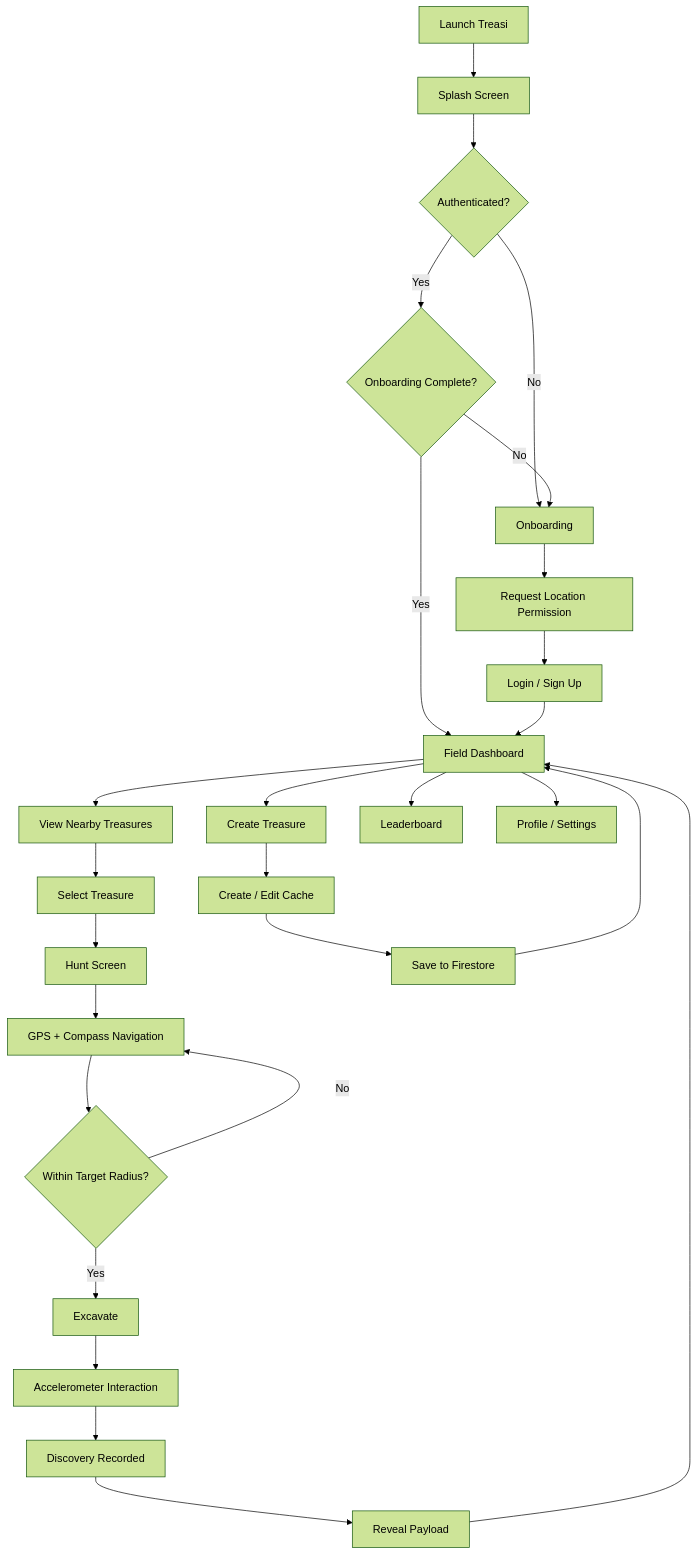
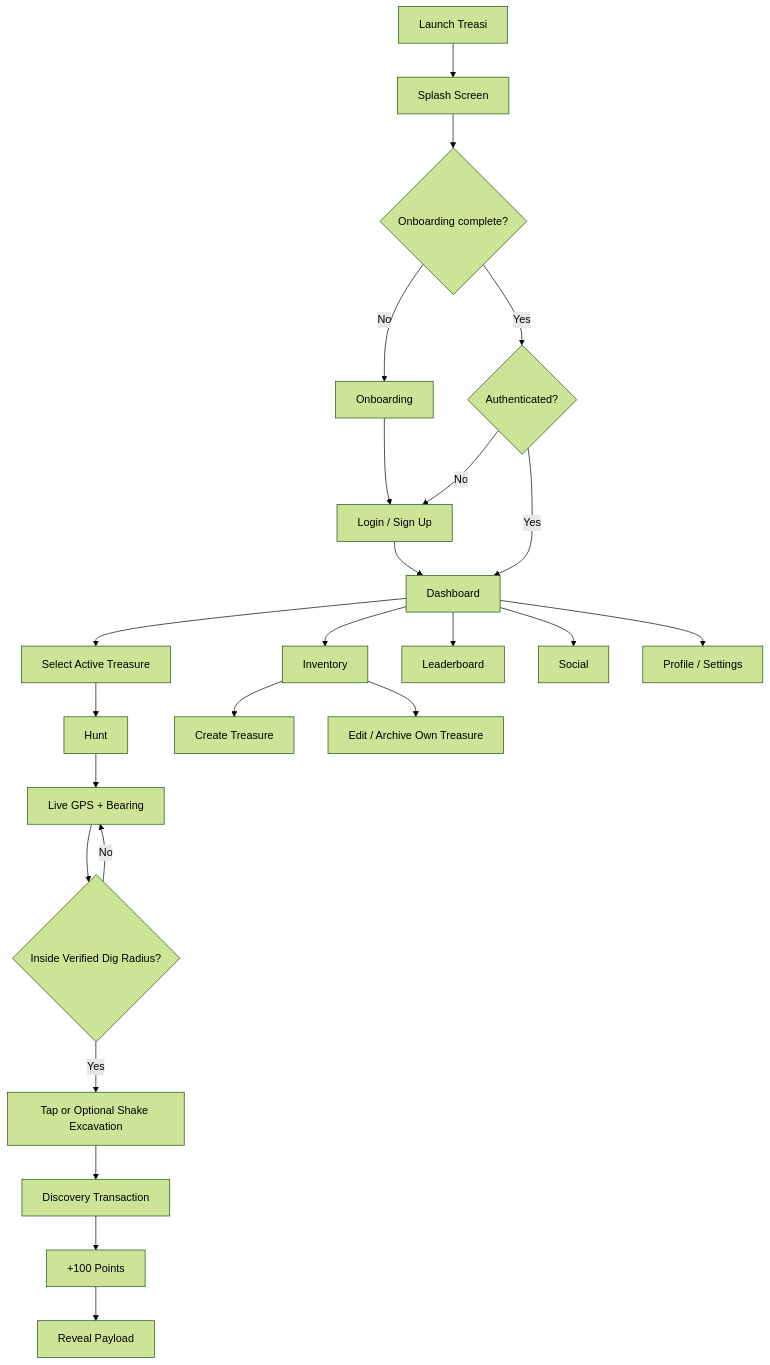
One commit to AngievR05/treasi changed the first of 2 diagrams in README.md. Above: the diagram before and after it, drawn with Mermaid (forest theme). The commit also changed other lines of this file, not shown here.

````diff
--- a/README.md
+++ b/README.md
@@ -413,37 +375,29 @@
 ```mermaid
 flowchart TD
     A[Launch Treasi] --> B[Splash Screen]
-    B --> C{Authenticated?}
+    B --> C{Onboarding complete?}
+    C -->|No| D[Onboarding]
+    C -->|Yes| E{Authenticated?}
+    D --> F[Login / Sign Up]
+    E -->|No| F
+    E -->|Yes| G[Dashboard]
+    F --> G
 
-    C -->|No| D[Onboarding]
-    C -->|Yes| E{Onboarding Complete?}
+    G --> H[Select Active Treasure]
+    H --> I[Hunt]
+    I --> J[Live GPS + Bearing]
+    J --> K{Inside Verified Dig Radius?}
+    K -->|No| J
+    K -->|Yes| L[Tap or Optional Shake Excavation]
+    L --> M[Discovery Transaction]
+    M --> N[+100 Points]
+    N --> O[Reveal Payload]
 
-    D --> F[Request Location Permission]
-    F --> G[Login / Sign Up]
+    G --> P[Inventory]
+    P --> Q[Create Treasure]
+    P --> R[Edit / Archive Own Treasure]
 
-    E -->|No| D
-    E -->|Yes| H[Field Dashboard]
-
-    G --> H
-
-    H --> I[View Nearby Treasures]
-    H --> J[Create Treasure]
-    H --> K[Leaderboard]
-    H --> L[Profile / Settings]
-
-    I --> M[Select Treasure]
-    M --> N[Hunt Screen]
-    N --> O[GPS + Compass Navigation]
-    O --> P{Within Target Radius?}
-
-    P -->|No| O
-    P -->|Yes| Q[Excavate]
-    Q --> R[Accelerometer Interaction]
-    R --> S[Discovery Recorded]
-    S --> T[Reveal Payload]
-    T --> H
-
-    J --> U[Create / Edit Cache]
-    U --> V[Save to Firestore]
-    V --> H
+    G --> S[Leaderboard]
+    G --> T[Social]
+    G --> U[Profile / Settings]
 ```
````
